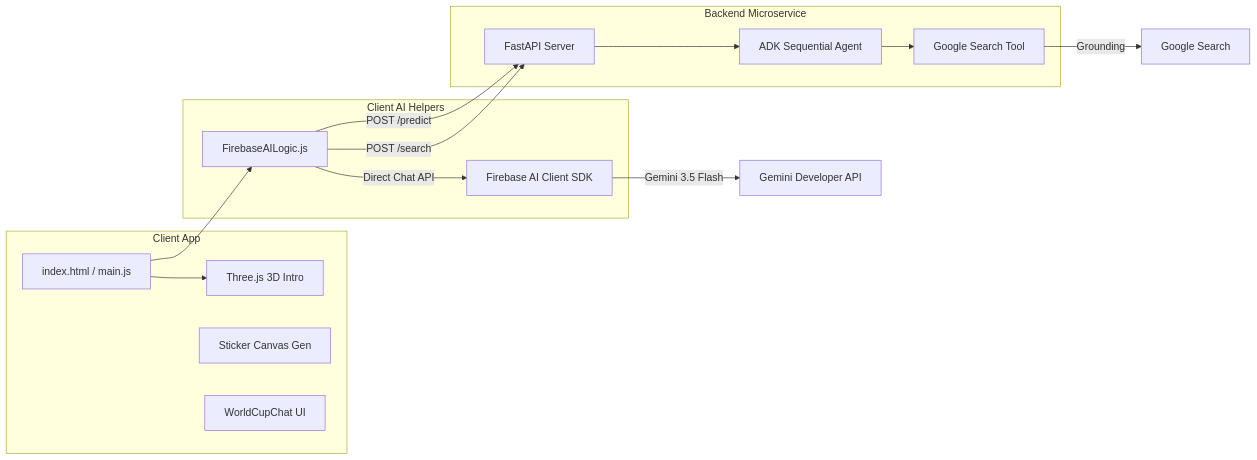
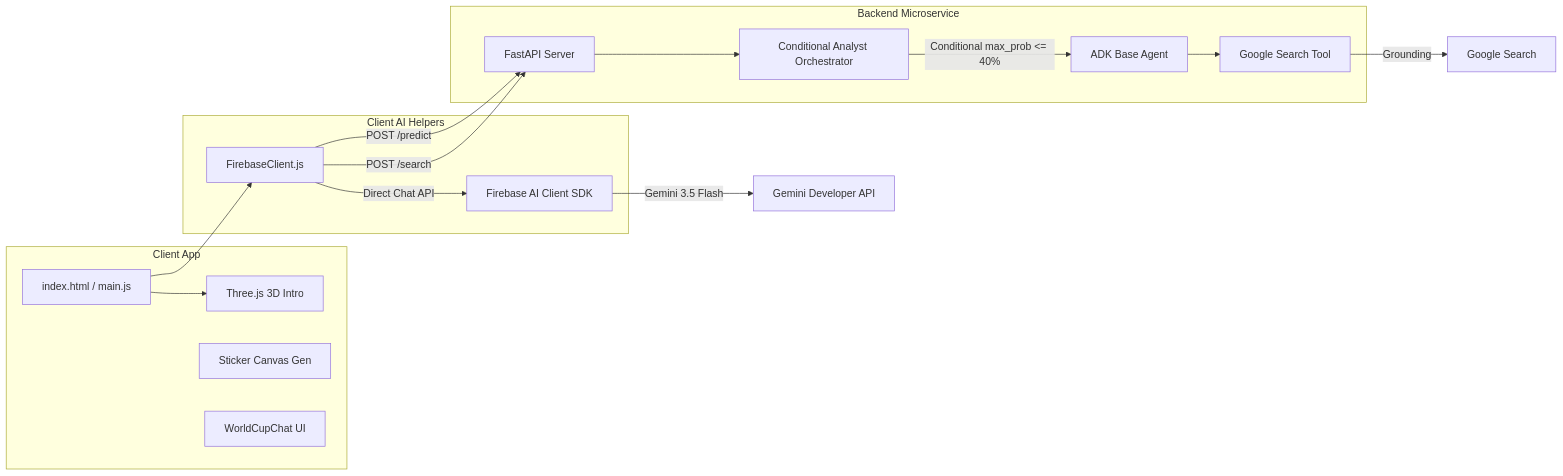
The diagram in README.md (jggomez/world-cup-2026-devhack-ai), drawn with Mermaid before and after one commit. The commit also changed other lines of this file and 58 other files, not shown here.

First line of the commit message:
feat(ai-analyst): integrate critic evaluator, firebase analytics, and group stage context

````diff
--- a/README.md
+++ b/README.md
@@ -11,31 +11,33 @@
 ```mermaid
 graph LR
     subgraph Client App
         HTML[index.html / main.js]
         Three[Three.js 3D Intro]
         Sticker[Sticker Canvas Gen]
         Chat[WorldCupChat UI]
     end
     
     subgraph Client AI Helpers
-        FirebaseClient[Firebase AI Client SDK]
-        AILogic[FirebaseAILogic.js]
+        FirebaseClientSDK[Firebase AI Client SDK]
+        FirebaseClient[FirebaseClient.js]
     end
     
     subgraph Backend Microservice
         FastAPI[FastAPI Server]
-        ADK[ADK Sequential Agent]
+        Orchestrator[Conditional Analyst Orchestrator]
+        ADK[ADK Base Agent]
         SearchTool[Google Search Tool]
     end
     
     HTML --> Three
-    HTML --> AILogic
-    AILogic -->|Direct Chat API| FirebaseClient
-    FirebaseClient -->|Gemini 3.5 Flash| GeminiCloud[Gemini Developer API]
+    HTML --> FirebaseClient
+    FirebaseClient -->|Direct Chat API| FirebaseClientSDK
+    FirebaseClientSDK -->|Gemini 3.5 Flash| GeminiCloud[Gemini Developer API]
     
-    AILogic -->|POST /predict| FastAPI
-    AILogic -->|POST /search| FastAPI
-    FastAPI --> ADK
+    FirebaseClient -->|POST /predict| FastAPI
+    FirebaseClient -->|POST /search| FastAPI
+    FastAPI --> Orchestrator
+    Orchestrator -->|Conditional max_prob <= 40%| ADK
     ADK --> SearchTool
     SearchTool -->|Grounding| Google[Google Search]
 ```
````
